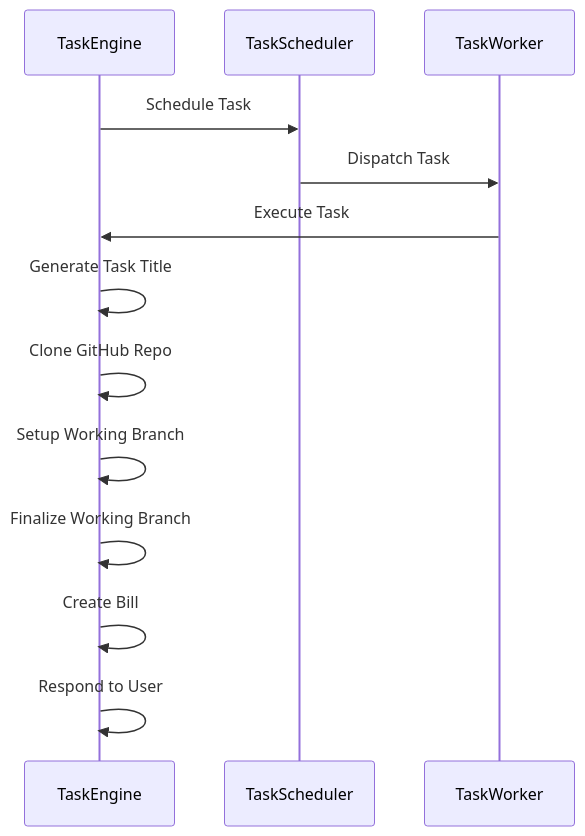
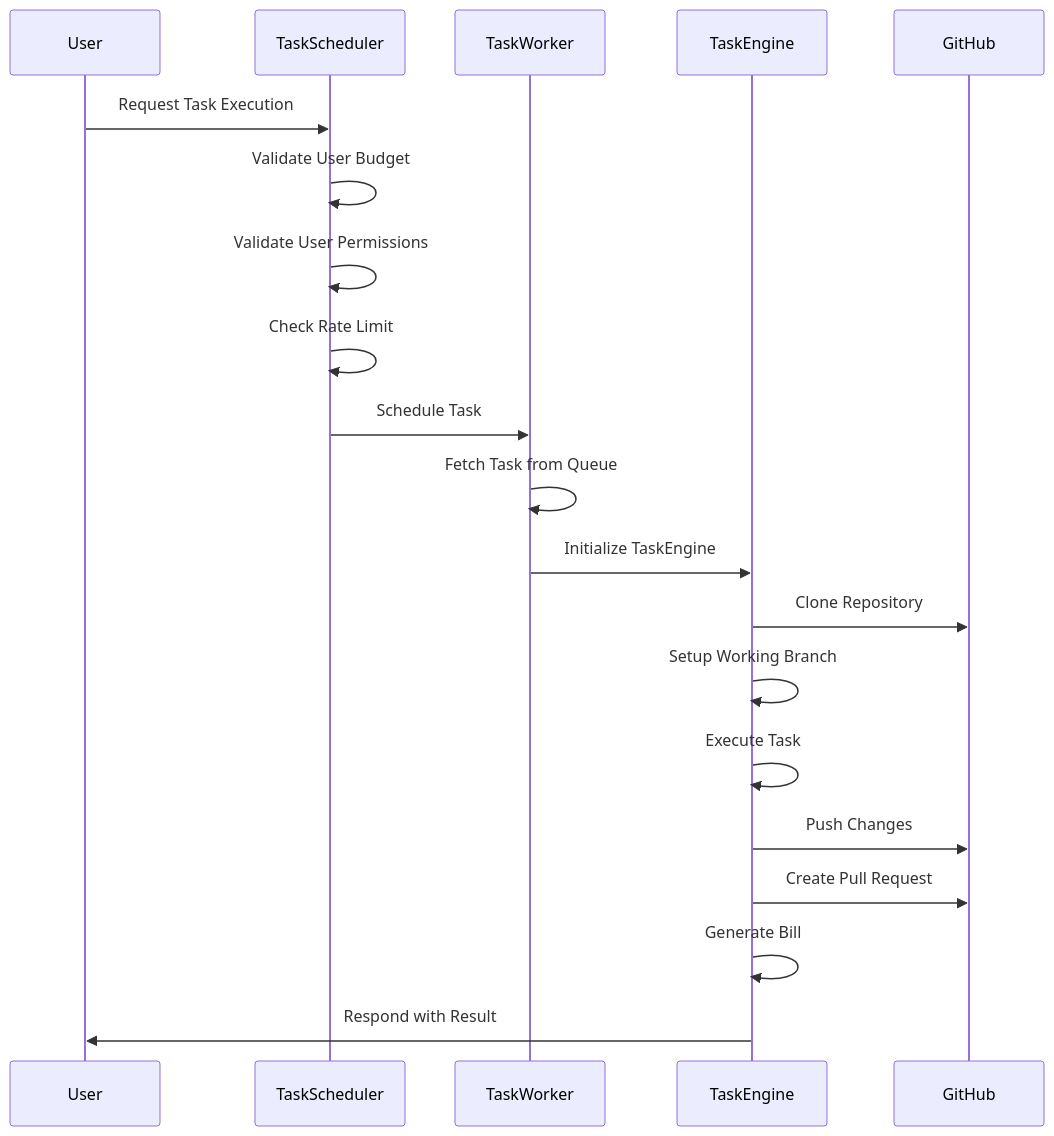
One commit to PR-Pilot-AI/pr-pilot changed the second of 2 diagrams in docs/code/task_processing.md. Above: the diagram before and after it, drawn with Mermaid. The commit also changed other lines of this file and 3 other files, not shown here.

````diff
--- a/docs/code/task_processing.md
+++ b/docs/code/task_processing.md
@@ -5,16 +81,23 @@
 ```mermaid
 sequenceDiagram
-    participant TE as TaskEngine
-    participant TS as TaskScheduler
-    participant TW as TaskWorker
-    
-    TE->>TS: Schedule Task
-    TS->>TW: Dispatch Task
-    TW->>TE: Execute Task
-    TE->>TE: Generate Task Title
-    TE->>TE: Clone GitHub Repo
-    TE->>TE: Setup Working Branch
-    TE->>TE: Finalize Working Branch
-    TE->>TE: Create Bill
-    TE->>TE: Respond to User
+    participant User
+    participant TaskScheduler
+    participant TaskWorker
+    participant TaskEngine
+    participant GitHub
+
+    User->>TaskScheduler: Request Task Execution
+    TaskScheduler->>TaskScheduler: Validate User Budget
+    TaskScheduler->>TaskScheduler: Validate User Permissions
+    TaskScheduler->>TaskScheduler: Check Rate Limit
+    TaskScheduler->>TaskWorker: Schedule Task
+    TaskWorker->>TaskWorker: Fetch Task from Queue
+    TaskWorker->>TaskEngine: Initialize TaskEngine
+    TaskEngine->>GitHub: Clone Repository
+    TaskEngine->>TaskEngine: Setup Working Branch
+    TaskEngine->>TaskEngine: Execute Task
+    TaskEngine->>GitHub: Push Changes
+    TaskEngine->>GitHub: Create Pull Request
+    TaskEngine->>TaskEngine: Generate Bill
+    TaskEngine->>User: Respond with Result
 ```
````
